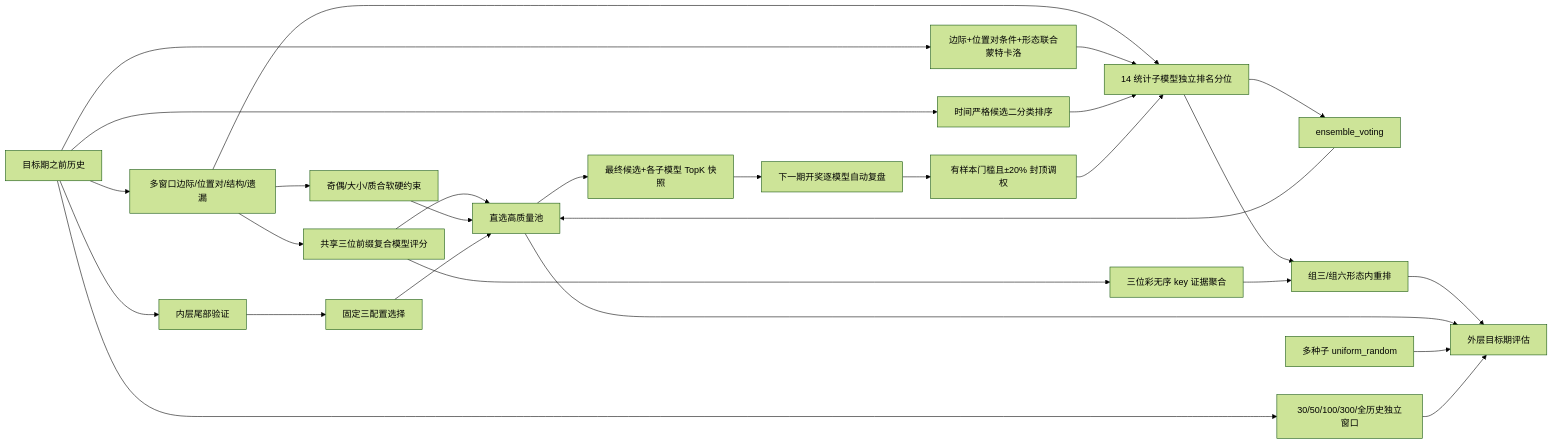
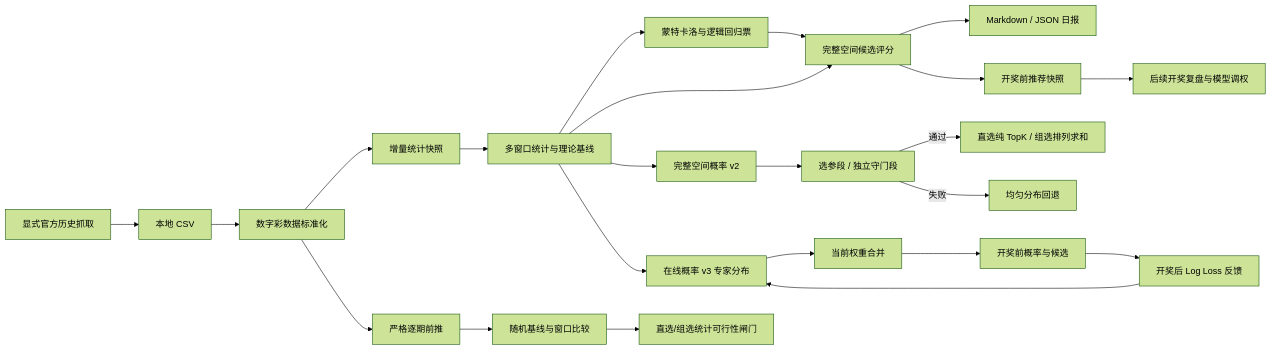
The diagram in docs/architecture.md (jixiangfeng/lottery_prediction), drawn with Mermaid (forest theme) before and after one commit. The commit also changed other lines of this file and 195 other files, not shown here.

````diff
--- a/docs/architecture.md
+++ b/docs/architecture.md
@@ -95,30 +5,25 @@
-```mermaid
+~~~mermaid
 flowchart LR
-    H[目标期之前历史] --> S[多窗口边际/位置对/结构/遗漏]
-    S --> P[共享三位前缀复合模型评分]
-    S --> V[14 统计子模型独立排名分位]
-    H --> M[边际+位置对条件+形态联合蒙特卡洛]
-    H --> ML[时间严格候选二分类排序]
-    M --> V
-    ML --> V
-    V --> E[ensemble_voting]
-    P --> D[直选高质量池]
-    E --> D
-    S --> Q[奇偶/大小/质合软硬约束]
-    Q --> D
-    P --> G[三位彩无序 key 证据聚合]
-    V --> GS[组三/组六形态内重排]
-    G --> GS
-    GS --> O
-    D --> O[外层目标期评估]
-    H --> I[内层尾部验证]
-    I --> C[固定三配置选择]
-    C --> D
-    R[多种子 uniform_random] --> O
-    H --> W[30/50/100/300/全历史独立窗口]
-    W --> O
-    D --> K[最终候选+各子模型 TopK 快照]
-    K --> L[下一期开奖逐模型自动复盘]
-    L --> AW[有样本门槛且±20% 封顶调权]
-    AW --> V
-```
+    OFFICIAL[显式官方历史抓取] --> CSV[本地 CSV]
+    CSV[本地 CSV] --> NORMALIZE[数字彩数据标准化]
+    NORMALIZE --> SNAPSHOT[增量统计快照]
+    SNAPSHOT --> STATS[多窗口统计与理论基线]
+    STATS --> ADVANCED[蒙特卡洛与逻辑回归票]
+    STATS --> CANDIDATES[完整空间候选评分]
+    ADVANCED --> CANDIDATES
+    CANDIDATES --> REPORT[Markdown / JSON 日报]
+    CANDIDATES --> PICKS[开奖前推荐快照]
+    PICKS --> REVIEW[后续开奖复盘与模型调权]
+    NORMALIZE --> WF[严格逐期前推]
+    WF --> EVAL[随机基线与窗口比较]
+    EVAL --> GATE[直选/组选统计可行性闸门]
+    STATS --> PROB[完整空间概率 v2]
+    PROB --> CAL[选参段 / 独立守门段]
+    CAL -->|通过| TOPK[直选纯 TopK / 组选排列求和]
+    CAL -->|失败| UNIFORM[均匀分布回退]
+    STATS --> ONLINE[在线概率 v3 专家分布]
+    ONLINE --> MIX[当前权重合并]
+    MIX --> PREDICT[开奖前概率与候选]
+    PREDICT --> FEEDBACK[开奖后 Log Loss 反馈]
+    FEEDBACK --> ONLINE
+~~~
````
